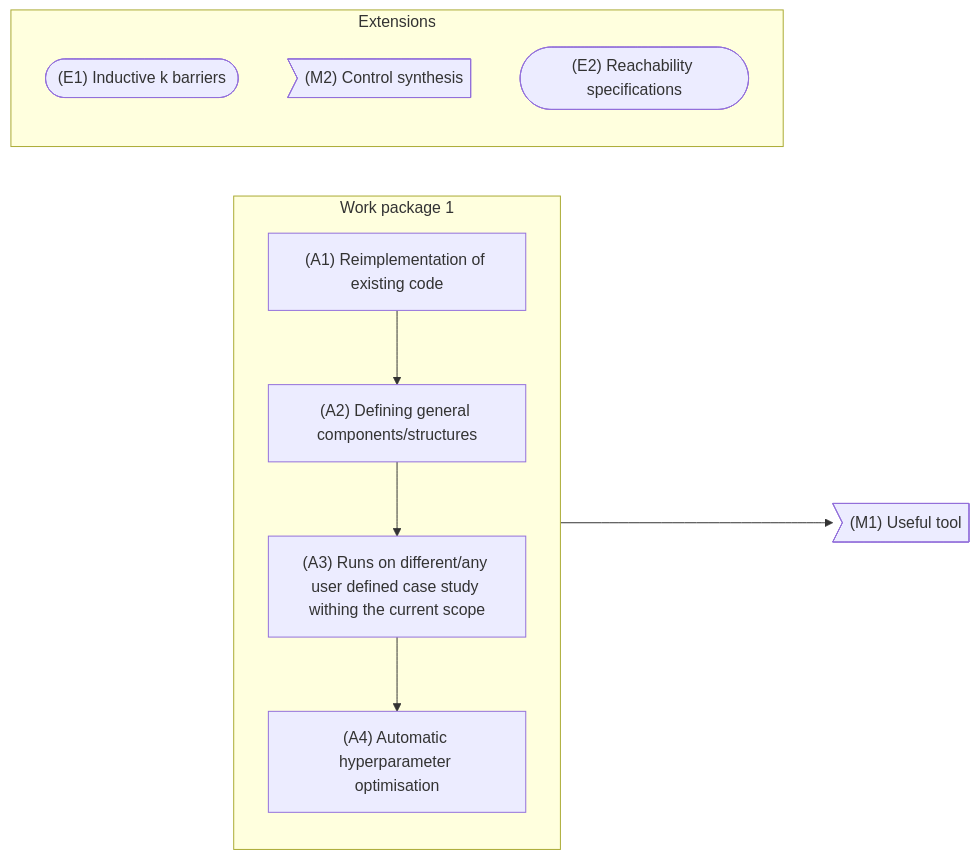
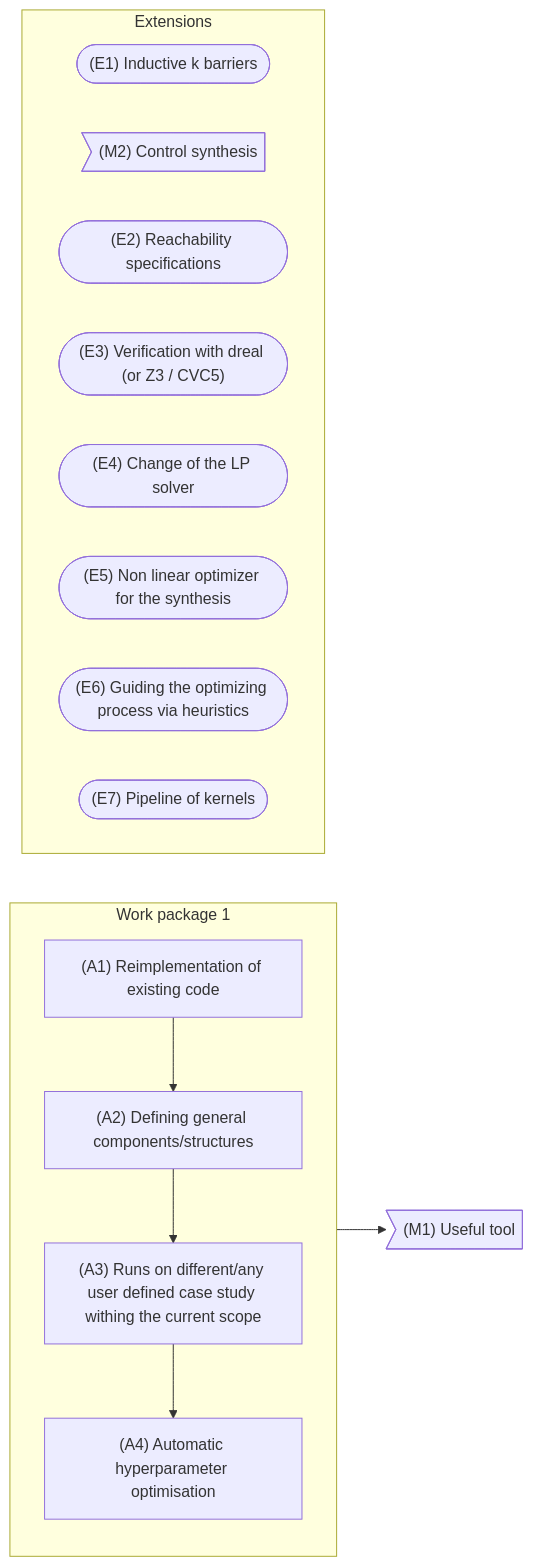
Before and after one commit to TendTo/lucid: the diagram in docs/Todo.md, drawn with Mermaid. The commit also changed other lines of this file and 2 other files, not shown here.

````diff
--- a/docs/Todo.md
+++ b/docs/Todo.md
@@ -22,18 +22,24 @@
 ```mermaid
 flowchart LR
     subgraph wp1 [Work package 1]
         direction TB
         a1["(A1) Reimplementation of existing code"]
         a2["(A2) Defining general components/structures"]
         a3["(A3) Runs on different/any user defined case study withing the current scope"]
         a4["(A4) Automatic hyperparameter optimisation"]
     end
     m1>"(M1) Useful tool"]
     subgraph Extensions
+        direction RL
         e1(["(E1) Inductive k barriers"])
         m2>"(M2) Control synthesis"]
         e2(["(E2) Reachability specifications"])
+        e3(["(E3) Verification with dreal (or Z3 / CVC5)"])
+        e4(["(E4) Change of the LP solver"])
+        e5(["(E5) Non linear optimizer for the synthesis"])
+        e6(["(E6) Guiding the optimizing process via heuristics"])
+        e7(["(E7) Pipeline of kernels"])
     end
     a1 --> a2 --> a3 --> a4
     wp1 --> m1
 ```
````
